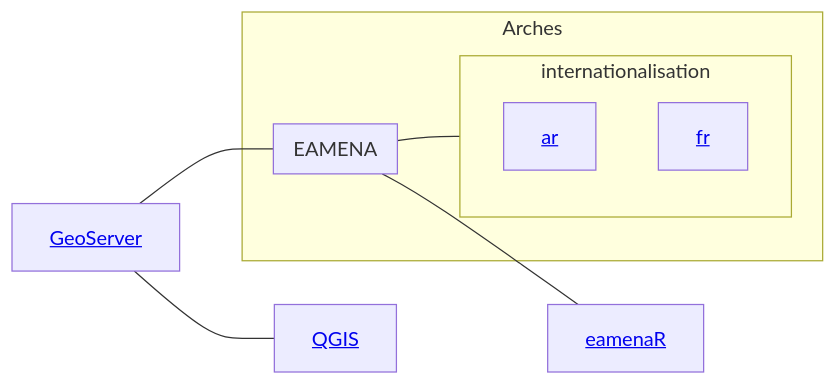
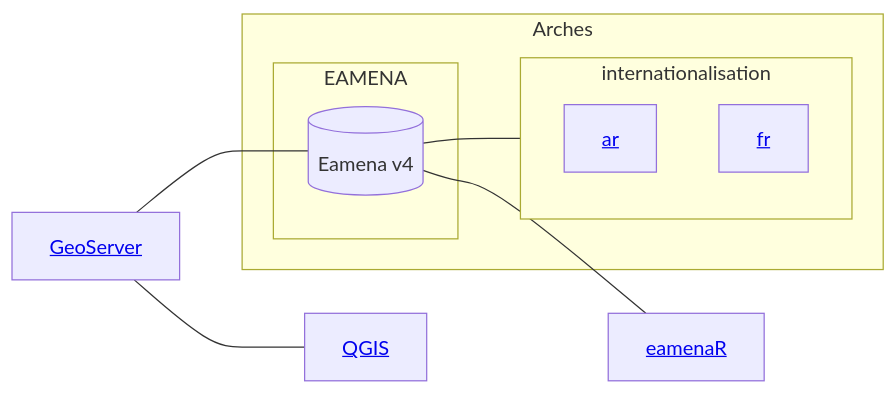
The second of 3 diagrams in training/README.md (eamena-project/eamena-arches-dev), drawn with Mermaid before and after one commit.

````diff
--- a/training/README.md
+++ b/training/README.md
@@ -33,15 +33,16 @@
 ```mermaid
 flowchart LR
   subgraph Arches
     subgraph EAMENA
+    ea[(Eamena v4)]
     end
     subgraph internationalisation
       id6[<a href='https://github.com/archesproject/arches/blob/master/arches/locale/ar/LC_MESSAGES/django.po'>ar</a>];
       id7[<a href='https://github.com/archesproject/arches/blob/master/arches/locale/fr/LC_MESSAGES/django.po'>fr</a>];
     end 
   end
-  id3[<a href='https://github.com/eamena-project/eamena-arches-dev/tree/main/geoserver'>GeoServer</a>] --- EAMENA;
+  id3[<a href='https://github.com/eamena-project/eamena-arches-dev/tree/main/geoserver'>GeoServer</a>] --- ea;
   id3 --- id4[<a href='https://github.com/eamena-project/eamena-arches-dev/tree/main/gis/qgis'>QGIS</a>];
-  EAMENA --- id5[<a href='https://github.com/eamena-project/eamenaR'>eamenaR</a>];
-  EAMENA --- internationalisation
+  ea --- id5[<a href='https://github.com/eamena-project/eamenaR'>eamenaR</a>];
+  ea --- internationalisation
 ```
````
